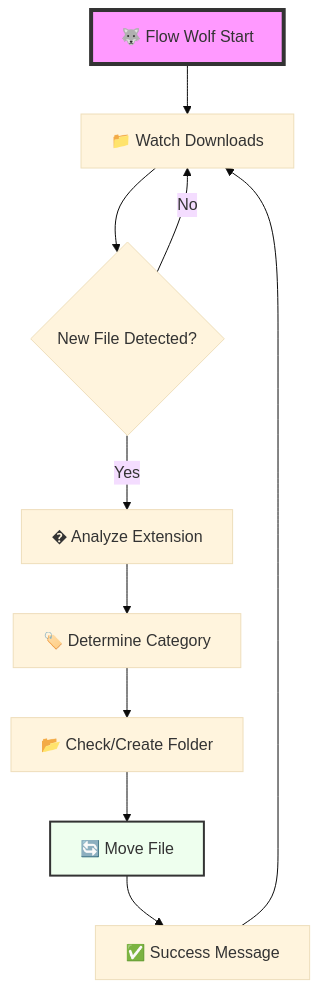
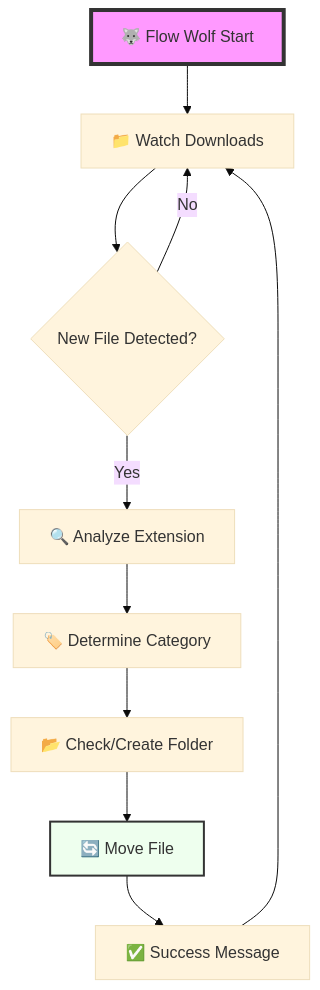
One commit to mraj555/AutoPyHub changed the fourth of 5 diagrams in README.md. Above: the diagram before and after it, drawn with Mermaid (base theme). The commit also changed other lines of this file and 2 other files, not shown here.

````diff
--- a/README.md
+++ b/README.md
@@ -230,15 +251,15 @@
 ```mermaid
 flowchart TD
     A[🐺 Flow Wolf Start] --> B[📁 Watch Downloads]
     B --> C{New File Detected?}
-    C -->|Yes| D[� Analyze Extension]
+    C -->|Yes| D[🔍 Analyze Extension]
     C -->|No| B
     D --> E[🏷️ Determine Category]
     E --> F[📂 Check/Create Folder]
     F --> G[🔄 Move File]
     G --> H[✅ Success Message]
     H --> B
     
     style A fill:#f9f,stroke:#333,stroke-width:4px
     style G fill:#efe,stroke:#333,stroke-width:2px
 ```
````
